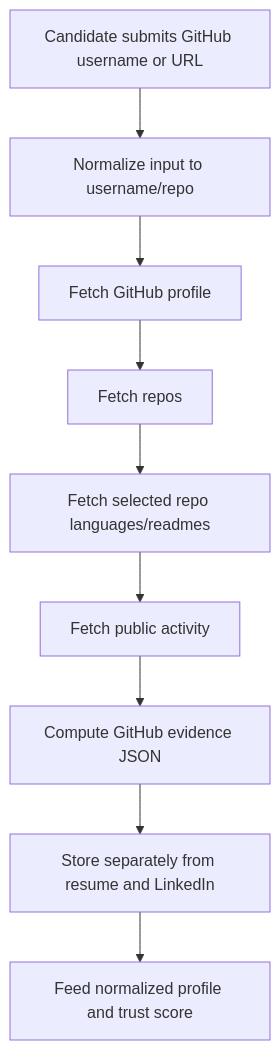
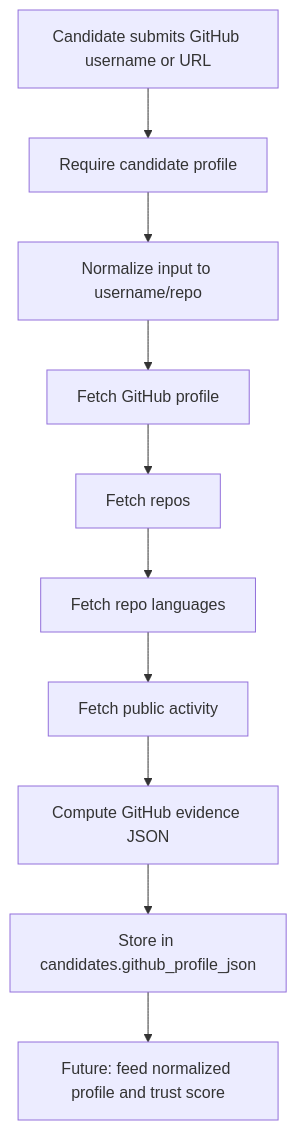
The eighth of 12 diagrams in backend/backend.md (Lowdata/CertiFit), drawn with Mermaid before and after one commit. The commit also changed other lines of this file and 7 other files, not shown here.

Commit message:
feat(github): add candidate github ingestion

````diff
--- a/backend/backend.md
+++ b/backend/backend.md
@@ -418,11 +423,12 @@
 ```mermaid
 flowchart TD
-    A["Candidate submits GitHub username or URL"] --> B["Normalize input to username/repo"]
-    B --> C["Fetch GitHub profile"]
-    C --> D["Fetch repos"]
-    D --> E["Fetch selected repo languages/readmes"]
-    E --> F["Fetch public activity"]
-    F --> G["Compute GitHub evidence JSON"]
-    G --> H["Store separately from resume and LinkedIn"]
-    H --> I["Feed normalized profile and trust score"]
+    A["Candidate submits GitHub username or URL"] --> B["Require candidate profile"]
+    B --> C["Normalize input to username/repo"]
+    C --> D["Fetch GitHub profile"]
+    D --> E["Fetch repos"]
+    E --> F["Fetch repo languages"]
+    F --> G["Fetch public activity"]
+    G --> H["Compute GitHub evidence JSON"]
+    H --> I["Store in candidates.github_profile_json"]
+    I --> J["Future: feed normalized profile and trust score"]
 ```
````
